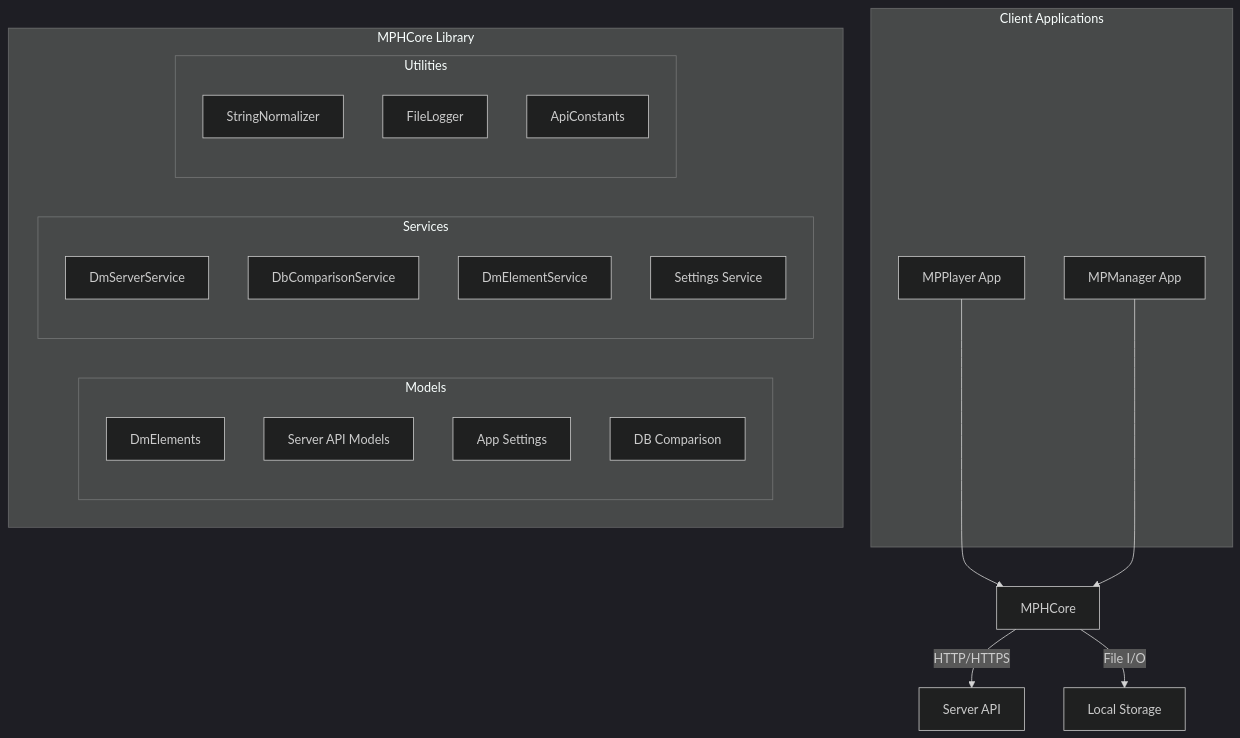
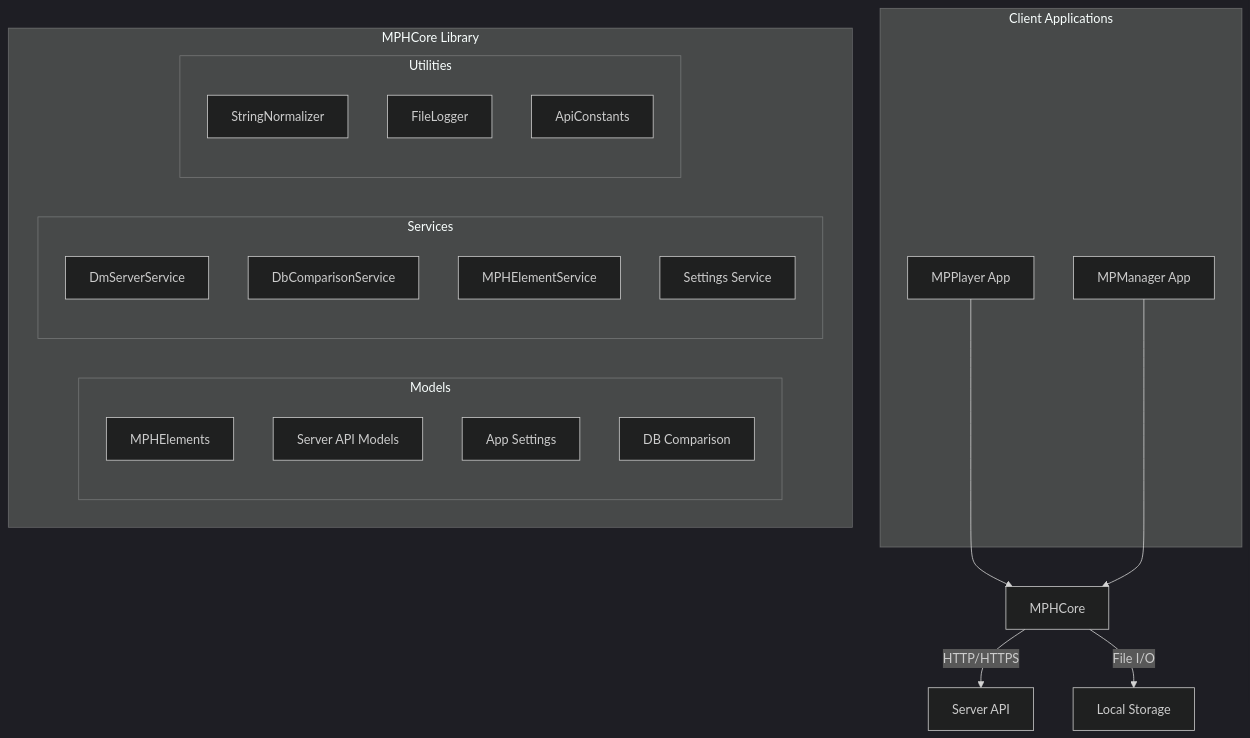
One commit to DrCoolzic/MorpheusHypnoLight changed the first of 4 diagrams in MorpheusHypno/MPHCore/doc/MPHCore_Architecture.md. Above: the diagram before and after it, drawn with Mermaid (dark theme). The commit also changed other lines of this file and 6 other files, not shown here.

````diff
--- a/MorpheusHypno/MPHCore/doc/MPHCore_Architecture.md
+++ b/MorpheusHypno/MPHCore/doc/MPHCore_Architecture.md
@@ -22,35 +22,35 @@
 ```mermaid
 graph TD
     subgraph Client Applications
         MPPlayer[MPPlayer App]
         MPManager[MPManager App]
     end
     
     subgraph MPHCore Library
         subgraph Models
-            DmElements[DmElements]
+            MPHElements[MPHElements]
             ServerApi[Server API Models]
             AppSettings[App Settings]
             DbComparison[DB Comparison]
         end
         
         subgraph Services
             DmServerService[DmServerService]
             DbComparisonService[DbComparisonService]
-            DmElementService[DmElementService]
+            MPHElementService[MPHElementService]
             SettingsService[Settings Service]
         end
         
         subgraph Utilities
             StringNormalizer[StringNormalizer]
             FileLogger[FileLogger]
             ApiConstants[ApiConstants]
         end
     end
     
     MPPlayer --> MPHCore
     MPManager --> MPHCore
     
     MPHCore --> |HTTP/HTTPS| Server[Server API]
     MPHCore --> |File I/O| LocalStorage[Local Storage]
 ```
````
